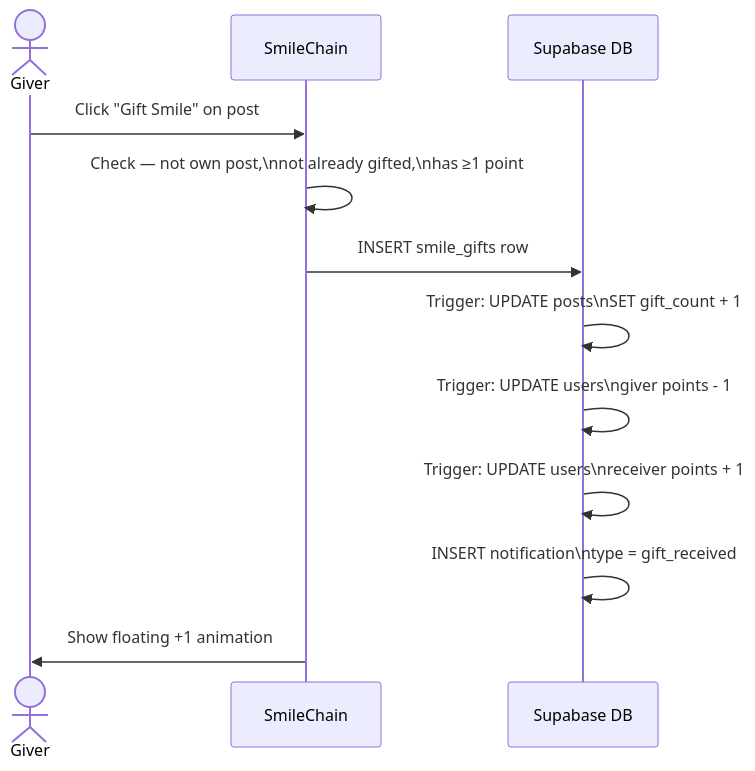
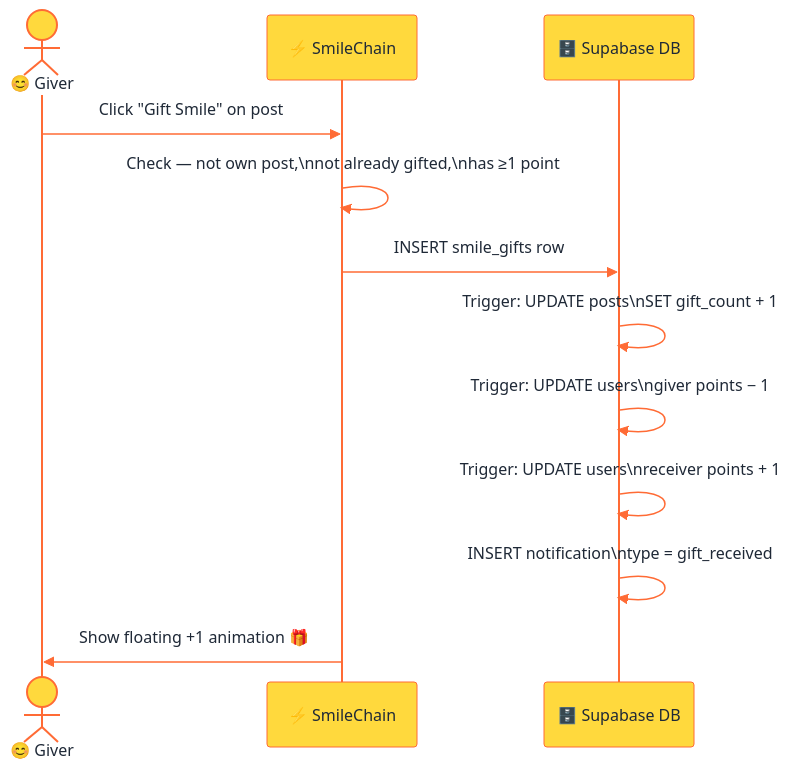
The fifth of 6 diagrams in README.md (HackIndiaXYZ/vibe-coding-hackathon-2026-claduesss), drawn with Mermaid before and after one commit. The commit also changed other lines of this file, not shown here.

Commit message:
docs(readme): add brand colors to all mermaid diagrams

````diff
--- a/README.md
+++ b/README.md
@@ -131,15 +156,16 @@
 ```mermaid
+%%{init: {'theme': 'base', 'themeVariables': {'actorBkg': '#FFD93D', 'actorBorder': '#FF6B35', 'actorTextColor': '#1F2937', 'actorLineColor': '#FF6B35', 'signalColor': '#FF6B35', 'signalTextColor': '#1F2937', 'labelBoxBkgColor': '#FFF3CD', 'labelBoxBorderColor': '#FFD93D', 'labelTextColor': '#1F2937', 'noteBkgColor': '#FFD93D', 'noteBorderColor': '#FF6B35', 'noteTextColor': '#1F2937', 'activationBkgColor': '#FFF3CD', 'activationBorderColor': '#FF6B35'}}}%%
 sequenceDiagram
-    actor Giver
-    participant App as SmileChain
-    participant DB as Supabase DB
+    actor Giver as 😊 Giver
+    participant App as ⚡ SmileChain
+    participant DB as 🗄️ Supabase DB
 
     Giver->>App: Click "Gift Smile" on post
     App->>App: Check — not own post,\nnot already gifted,\nhas ≥1 point
     App->>DB: INSERT smile_gifts row
     DB->>DB: Trigger: UPDATE posts\nSET gift_count + 1
-    DB->>DB: Trigger: UPDATE users\ngiver points - 1
+    DB->>DB: Trigger: UPDATE users\ngiver points − 1
     DB->>DB: Trigger: UPDATE users\nreceiver points + 1
     DB->>DB: INSERT notification\ntype = gift_received
-    App->>Giver: Show floating +1 animation
+    App->>Giver: Show floating +1 animation 🎁
 ```
````
